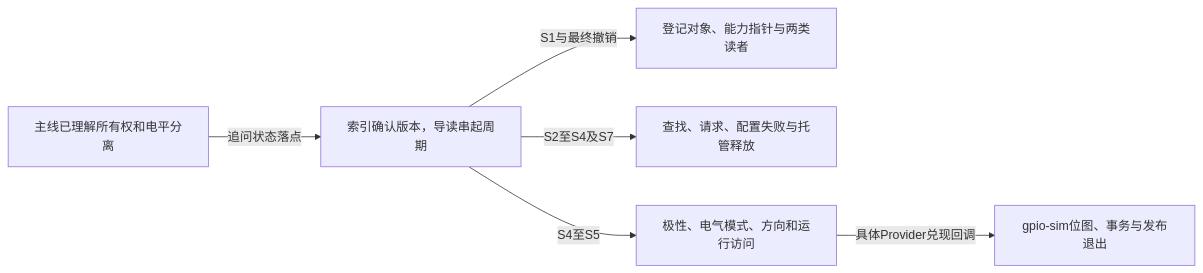
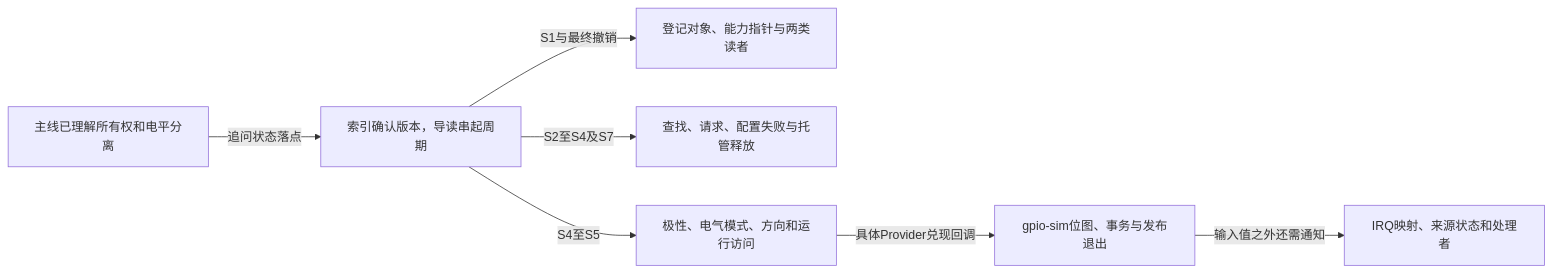
The diagram in research/source_reading/gpiolib/大纲.md (FormingSystem/linux_note), drawn with Mermaid before and after one commit. The commit also changed other lines of this file and 9 other files, not shown here.

````diff
--- a/research/source_reading/gpiolib/大纲.md
+++ b/research/source_reading/gpiolib/大纲.md
@@ -17,8 +17,9 @@
 ```mermaid
 flowchart LR
     a["主线已理解所有权和电平分离"] -->|"追问状态落点"| b["索引确认版本，导读串起周期"]
     b -->|"S1与最终撤销"| c["登记对象、能力指针与两类读者"]
     b -->|"S2至S4及S7"| d["查找、请求、配置失败与托管释放"]
     b -->|"S4至S5"| e["极性、电气模式、方向和运行访问"]
     e -->|"具体Provider兑现回调"| f["gpio-sim位图、事务与发布退出"]
+    f -->|"输入值之外还需通知"| g["IRQ映射、来源状态和处理者"]
 ```
````
